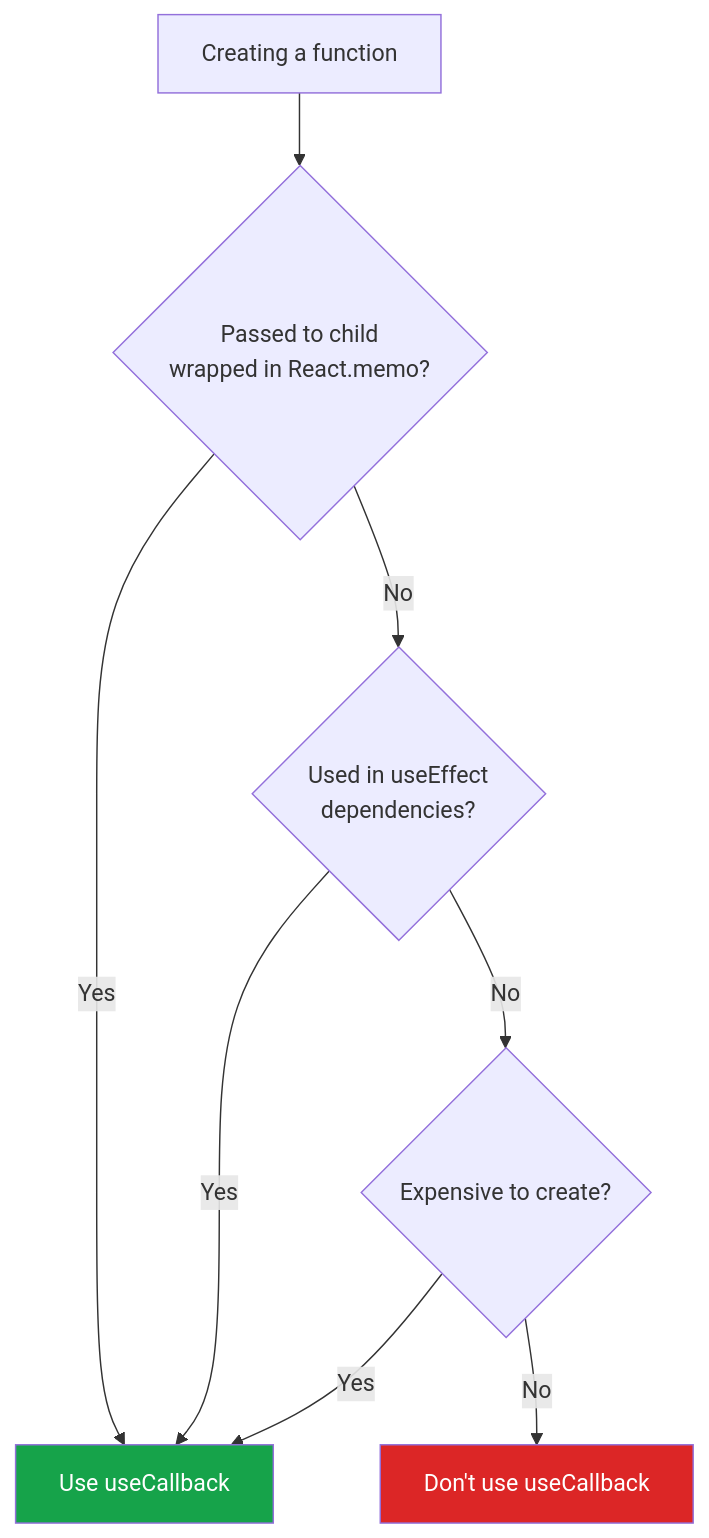
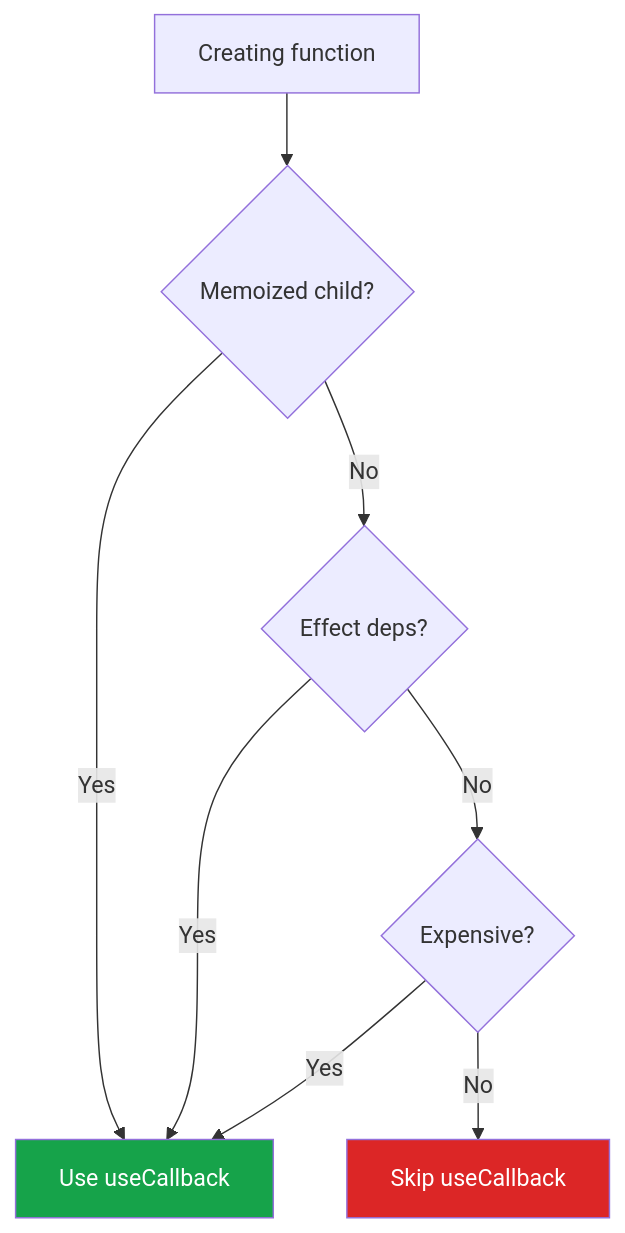
The second of 2 diagrams in react/useCallback/README.md (upasanaprabhakar/web-dev-handbook), drawn with Mermaid before and after one commit. The commit also changed other lines of this file, not shown here.

Commit message:
use callback topic with examples

````diff
--- a/react/useCallback/README.md
+++ b/react/useCallback/README.md
@@ -110,13 +115,17 @@
 ```mermaid
 flowchart TD
-    A[Creating a function] --> B{Passed to child<br/>wrapped in React.memo?}
+    A[Creating function] --> B{Memoized child?}
     B -->|Yes| C[Use useCallback]
-    B -->|No| D{Used in useEffect<br/>dependencies?}
+    B -->|No| D{Effect deps?}
     D -->|Yes| C
-    D -->|No| E{Expensive to create?}
+    D -->|No| E{Expensive?}
     E -->|Yes| C
-    E -->|No| F[Don't use useCallback]
-    
-    style C fill:#16A34A,color:#fff
-    style F fill:#DC2626,color:#fff
+    E -->|No| F[Skip useCallback]
+
+    classDef yes fill:#16A34A,color:#ffffff
+    classDef no fill:#DC2626,color:#ffffff
+
+    class C yes
+    class F no
+
 ```
````
